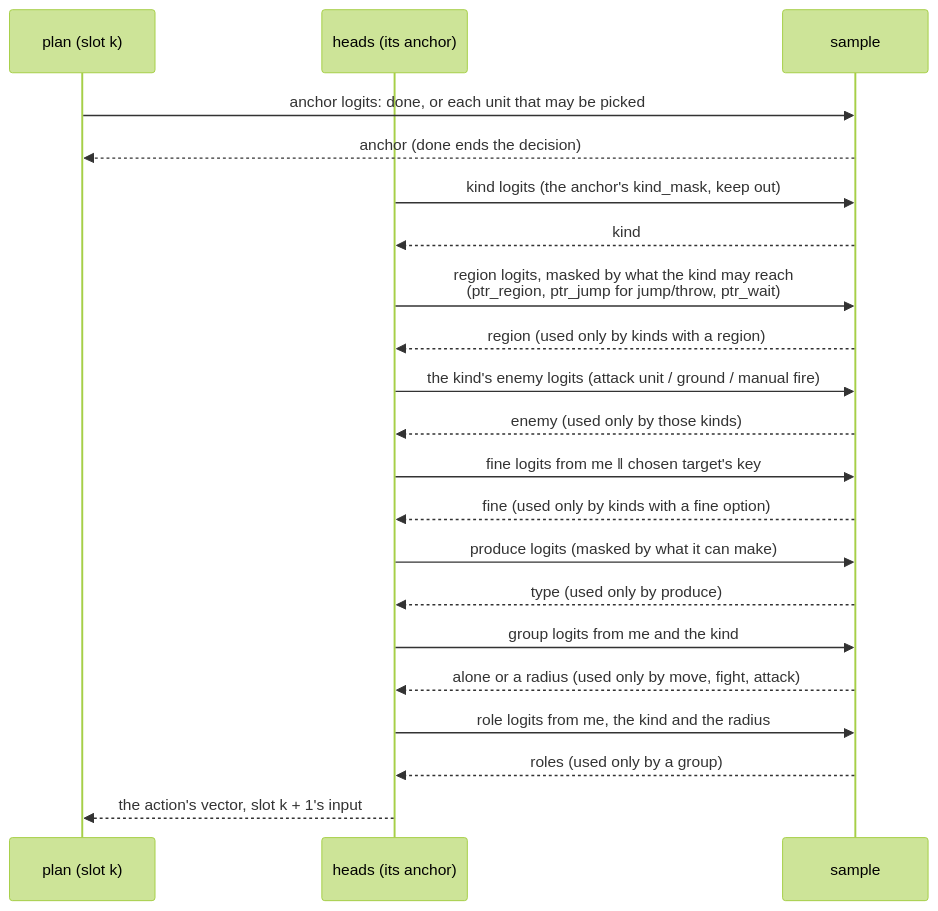
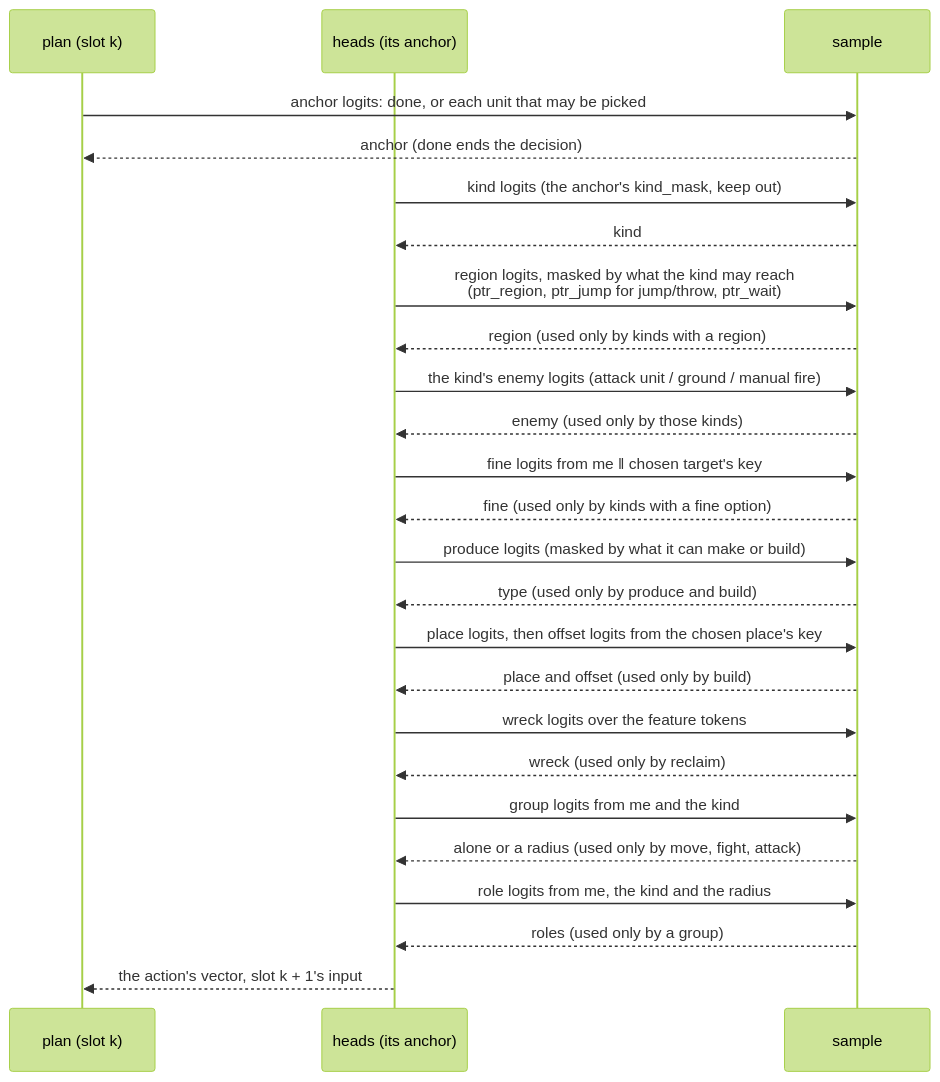
Before and after one commit to pts1667/zk-ArenaAI: the eighth of 11 diagrams in docs/model.md, drawn with Mermaid (forest theme). The commit also changed other lines of this file and 39 other files, not shown here.

````diff
--- a/docs/model.md
+++ b/docs/model.md
@@ -264,23 +297,27 @@
 ```mermaid
 sequenceDiagram
     participant P as plan (slot k)
     participant H as heads (its anchor)
     participant S as sample
     P->>S: anchor logits: done, or each unit that may be picked
     S-->>P: anchor (done ends the decision)
     H->>S: kind logits (the anchor's kind_mask, keep out)
     S-->>H: kind
     H->>S: region logits, masked by what the kind may reach<br/>(ptr_region, ptr_jump for jump/throw, ptr_wait)
     S-->>H: region (used only by kinds with a region)
     H->>S: the kind's enemy logits (attack unit / ground / manual fire)
     S-->>H: enemy (used only by those kinds)
     H->>S: fine logits from me ‖ chosen target's key
     S-->>H: fine (used only by kinds with a fine option)
-    H->>S: produce logits (masked by what it can make)
-    S-->>H: type (used only by produce)
+    H->>S: produce logits (masked by what it can make or build)
+    S-->>H: type (used only by produce and build)
+    H->>S: place logits, then offset logits from the chosen place's key
+    S-->>H: place and offset (used only by build)
+    H->>S: wreck logits over the feature tokens
+    S-->>H: wreck (used only by reclaim)
     H->>S: group logits from me and the kind
     S-->>H: alone or a radius (used only by move, fight, attack)
     H->>S: role logits from me, the kind and the radius
     S-->>H: roles (used only by a group)
     H-->>P: the action's vector, slot k + 1's input
 ```
````
